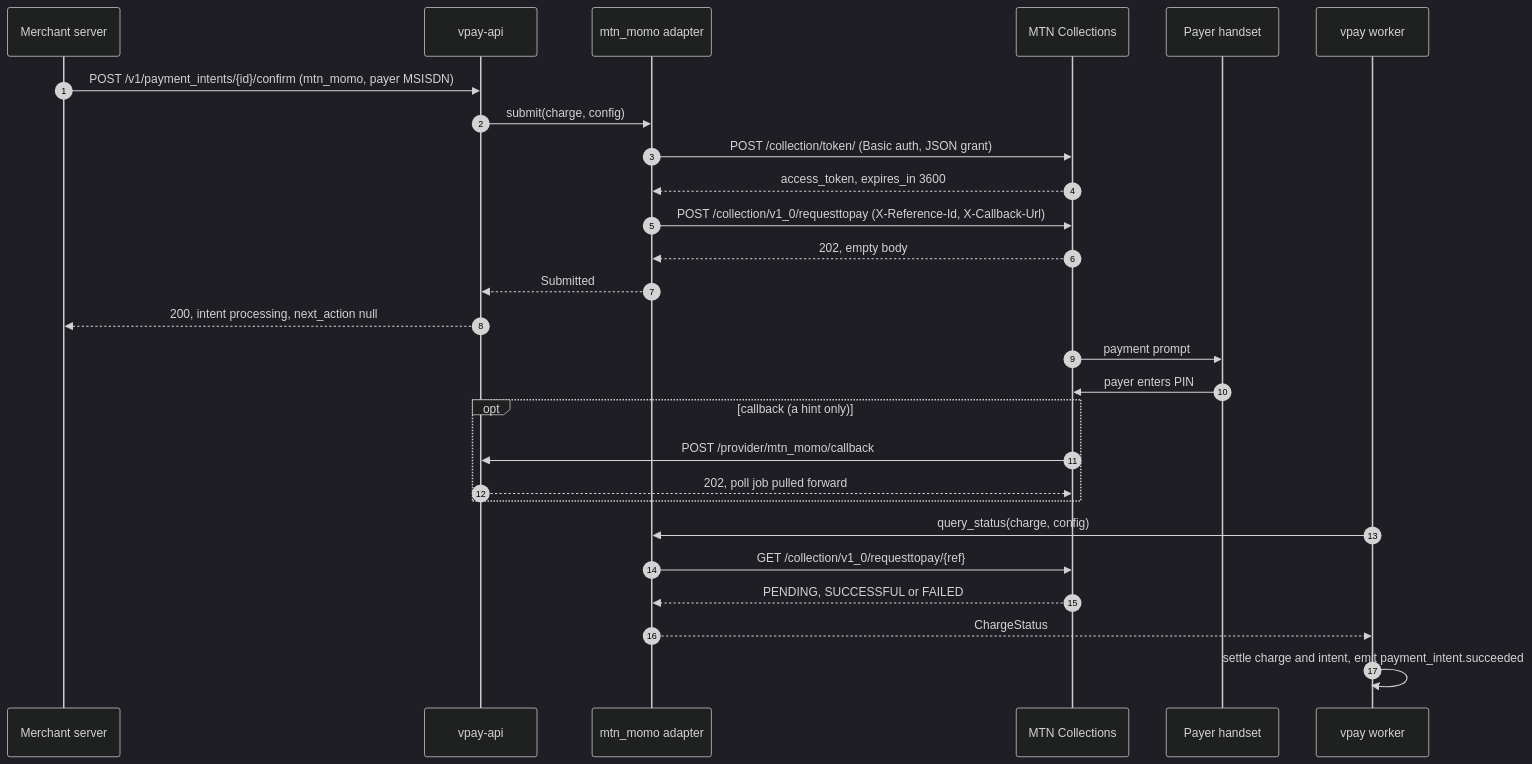
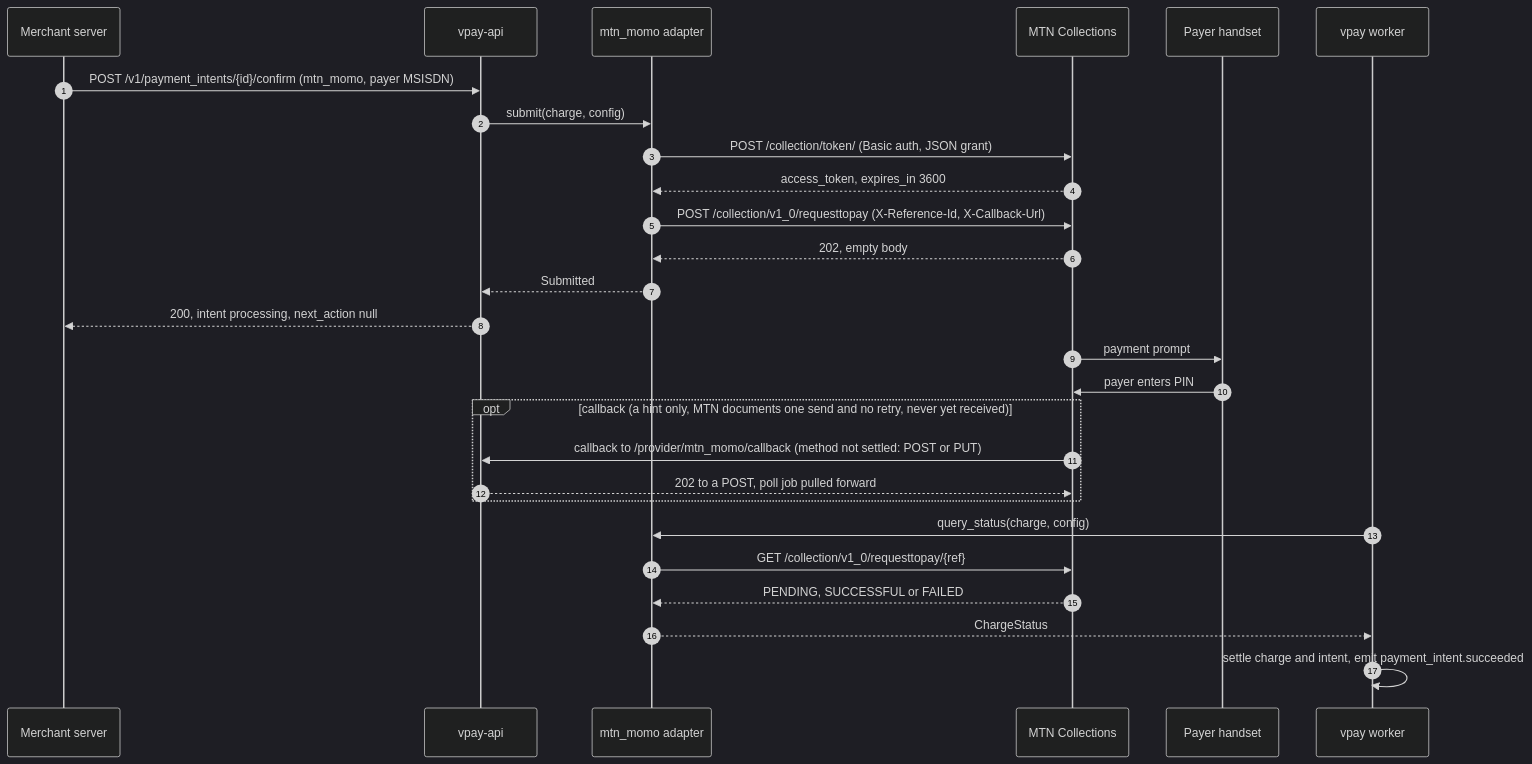
One commit to vaam-apps/vpay-docs changed the first of 2 diagrams in docs/rails/mtn-momo.md. Above: the diagram before and after it, drawn with Mermaid (dark theme). The commit also changed other lines of this file and 41 other files, not shown here.

````diff
--- a/docs/rails/mtn-momo.md
+++ b/docs/rails/mtn-momo.md
@@ -49,29 +50,29 @@
 ```mermaid
 sequenceDiagram
     autonumber
     participant M as Merchant server
     participant API as vpay-api
     participant A as mtn_momo adapter
     participant MTN as MTN Collections
     participant P as Payer handset
     participant W as vpay worker
     M->>API: POST /v1/payment_intents/{id}/confirm (mtn_momo, payer MSISDN)
     API->>A: submit(charge, config)
     A->>MTN: POST /collection/token/ (Basic auth, JSON grant)
     MTN-->>A: access_token, expires_in 3600
     A->>MTN: POST /collection/v1_0/requesttopay (X-Reference-Id, X-Callback-Url)
     MTN-->>A: 202, empty body
     A-->>API: Submitted
     API-->>M: 200, intent processing, next_action null
     MTN->>P: payment prompt
     P->>MTN: payer enters PIN
-    opt callback (a hint only)
-        MTN->>API: POST /provider/mtn_momo/callback
-        API-->>MTN: 202, poll job pulled forward
+    opt callback (a hint only, MTN documents one send and no retry, never yet received)
+        MTN->>API: callback to /provider/mtn_momo/callback (method not settled: POST or PUT)
+        API-->>MTN: 202 to a POST, poll job pulled forward
     end
     W->>A: query_status(charge, config)
     A->>MTN: GET /collection/v1_0/requesttopay/{ref}
     MTN-->>A: PENDING, SUCCESSFUL or FAILED
     A-->>W: ChargeStatus
     W->>W: settle charge and intent, emit payment_intent.succeeded
 ```
````
